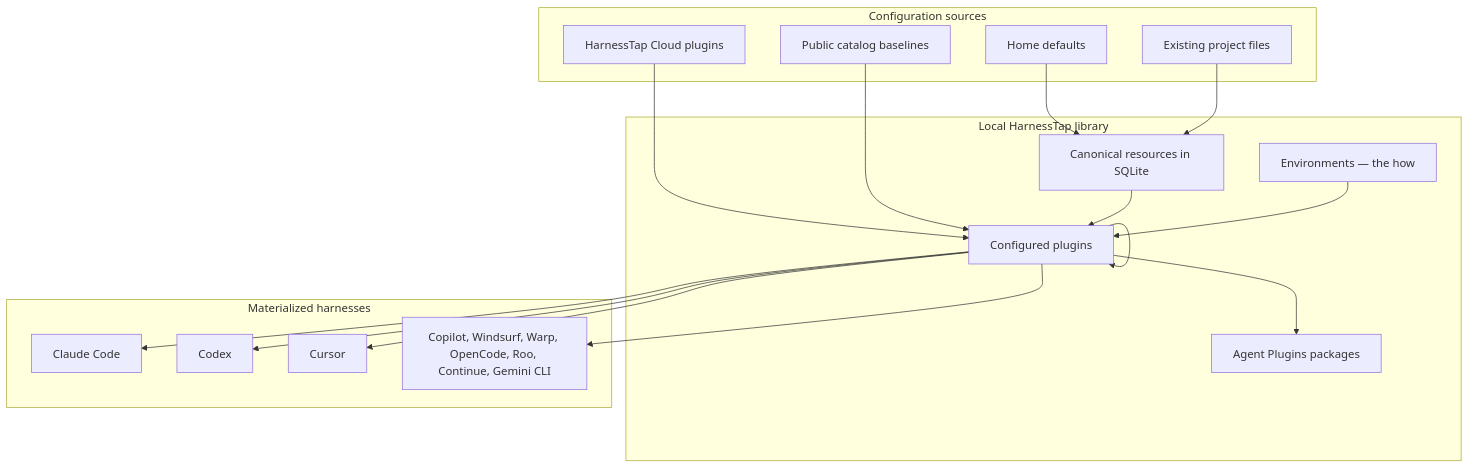
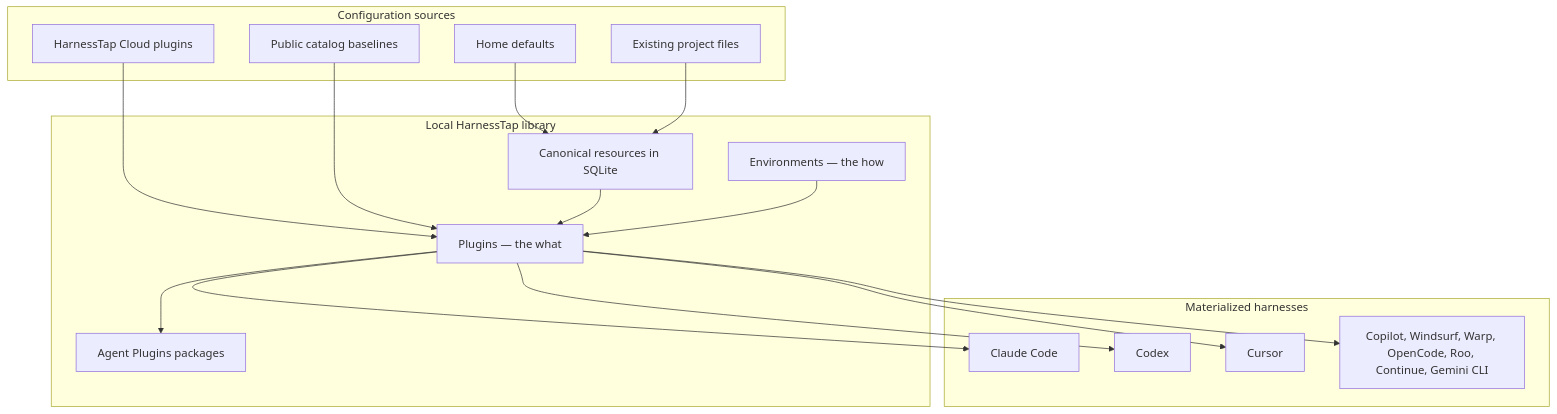
Before and after one commit to harnesstap/harnesstap: the first of 3 diagrams in docs/cli/concepts/overview.md, drawn with Mermaid. The commit also changed other lines of this file and 17 other files, not shown here.

````diff
--- a/docs/cli/concepts/overview.md
+++ b/docs/cli/concepts/overview.md
@@ -13,37 +13,35 @@
 ```mermaid
 flowchart TB
   subgraph Sources[Configuration sources]
     Home[Home defaults]
     Repo[Existing project files]
     Cloud[HarnessTap Cloud plugins]
     BuiltIn[Public catalog baselines]
   end
 
   subgraph Library[Local HarnessTap library]
     Resources[Canonical resources in SQLite]
     Plugins[Plugins — the what]
     Envs[Environments — the how]
-    Plugins[Configured plugins]
     Packages[Agent Plugins packages]
   end
 
   subgraph Targets[Materialized harnesses]
     Claude[Claude Code]
     Codex[Codex]
     Cursor[Cursor]
     Generic[Copilot, Windsurf, Warp, OpenCode, Roo, Continue, Gemini CLI]
   end
 
   Home --> Resources
   Repo --> Resources
   Cloud --> Plugins
   BuiltIn --> Plugins
   Resources --> Plugins
-  Plugins --> Plugins
   Envs --> Plugins
   Plugins --> Packages
   Plugins --> Claude
   Plugins --> Codex
   Plugins --> Cursor
   Plugins --> Generic
 ```
````
